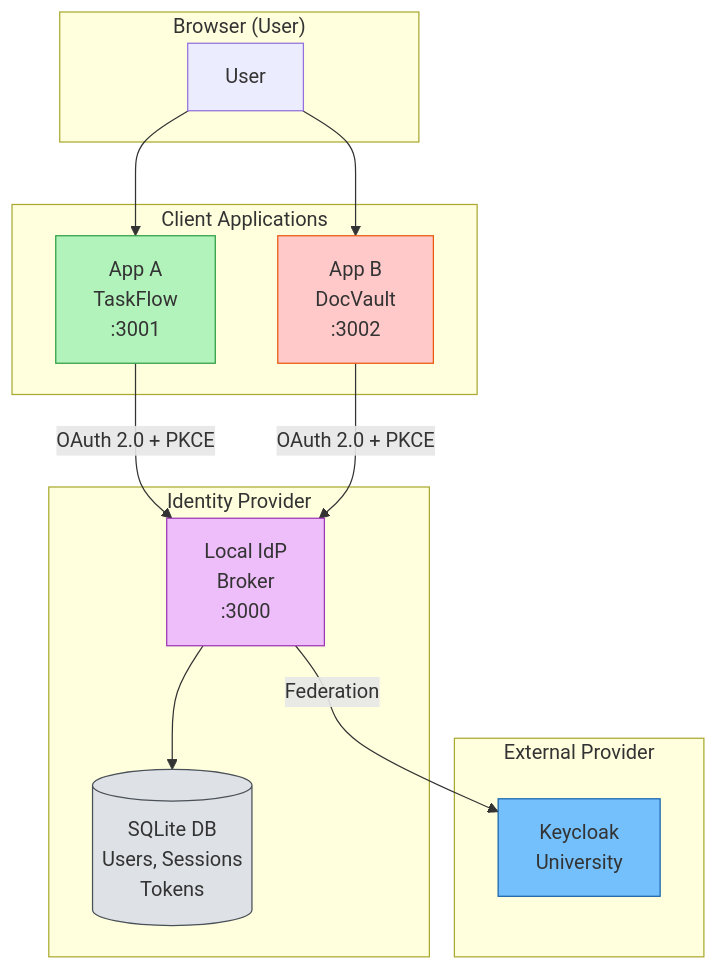
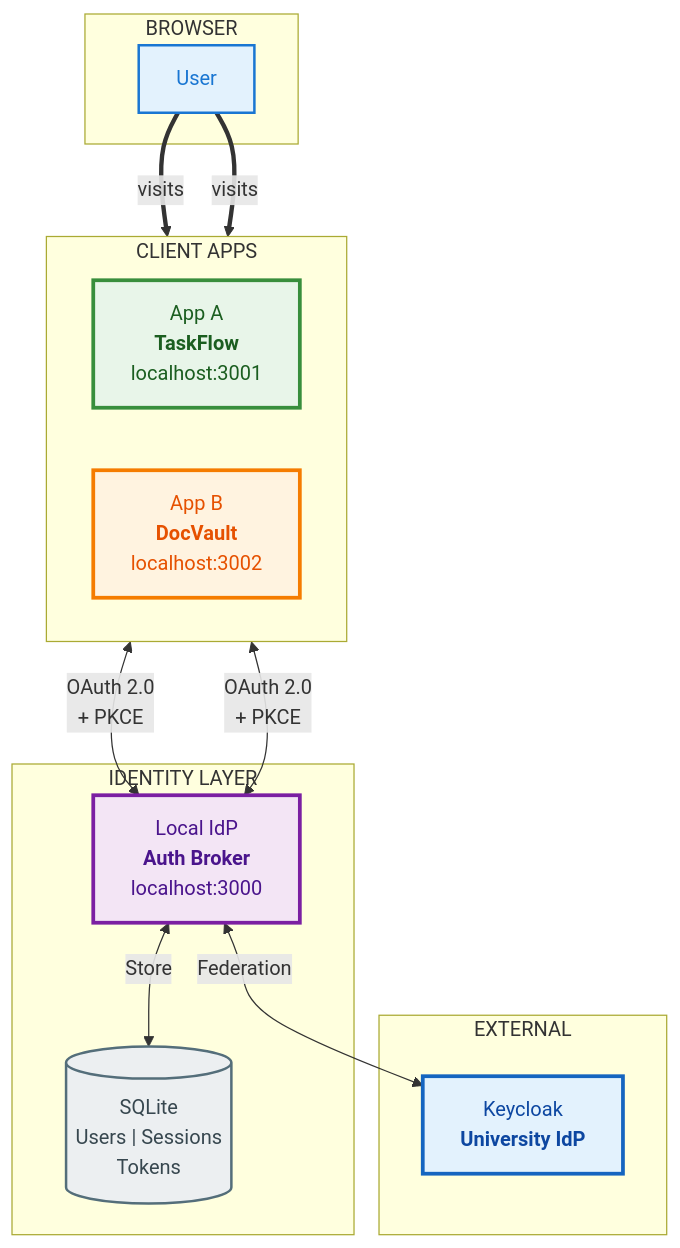
One commit to ioannis-psomadelis/sso-app changed the first of 10 diagrams in docs/diagrams/DIAGRAMS_MERMAID.md. Above: the diagram before and after it, drawn with Mermaid. The commit also changed other lines of this file, not shown here.

First line of the commit message:
Improve Mermaid diagrams readability

````diff
--- a/docs/diagrams/DIAGRAMS_MERMAID.md
+++ b/docs/diagrams/DIAGRAMS_MERMAID.md
@@ -9,33 +7,35 @@
 ```mermaid
 flowchart TB
-    subgraph Browser["Browser (User)"]
-        U[User]
+    subgraph USER["BROWSER"]
+        U["User"]
     end
 
-    subgraph Apps["Client Applications"]
-        A[App A<br/>TaskFlow<br/>:3001]
-        B[App B<br/>DocVault<br/>:3002]
+    subgraph APPS["CLIENT APPS"]
+        direction LR
+        A["App A<br/><b>TaskFlow</b><br/>localhost:3001"]
+        B["App B<br/><b>DocVault</b><br/>localhost:3002"]
     end
 
-    subgraph IdP["Identity Provider"]
-        IDP[Local IdP<br/>Broker<br/>:3000]
-        DB[(SQLite DB<br/>Users, Sessions<br/>Tokens)]
+    subgraph IDP_LAYER["IDENTITY LAYER"]
+        IDP["Local IdP<br/><b>Auth Broker</b><br/>localhost:3000"]
+        DB[("SQLite<br/>Users | Sessions<br/>Tokens")]
     end
 
-    subgraph External["External Provider"]
-        KC[Keycloak<br/>University]
+    subgraph EXTERNAL["EXTERNAL"]
+        KC["Keycloak<br/><b>University IdP</b>"]
     end
 
-    U --> A
-    U --> B
-    A -->|OAuth 2.0 + PKCE| IDP
-    B -->|OAuth 2.0 + PKCE| IDP
-    IDP -->|Federation| KC
-    IDP --> DB
+    U ==>|"visits"| A
+    U ==>|"visits"| B
+    A <-->|"OAuth 2.0<br/>+ PKCE"| IDP
+    B <-->|"OAuth 2.0<br/>+ PKCE"| IDP
+    IDP <-->|"Federation"| KC
+    IDP <-->|"Store"| DB
 
-    style A fill:#b2f2bb,stroke:#2f9e44
-    style B fill:#ffc9c9,stroke:#e8590c
-    style IDP fill:#eebefa,stroke:#9c36b5
-    style KC fill:#74c0fc,stroke:#1864ab
-    style DB fill:#dee2e6,stroke:#495057
+    style U fill:#E3F2FD,stroke:#1976D2,stroke-width:2px,color:#1976D2
+    style A fill:#E8F5E9,stroke:#388E3C,stroke-width:3px,color:#1B5E20
+    style B fill:#FFF3E0,stroke:#F57C00,stroke-width:3px,color:#E65100
+    style IDP fill:#F3E5F5,stroke:#7B1FA2,stroke-width:3px,color:#4A148C
+    style KC fill:#E3F2FD,stroke:#1565C0,stroke-width:3px,color:#0D47A1
+    style DB fill:#ECEFF1,stroke:#546E7A,stroke-width:2px,color:#37474F
 ```
````
